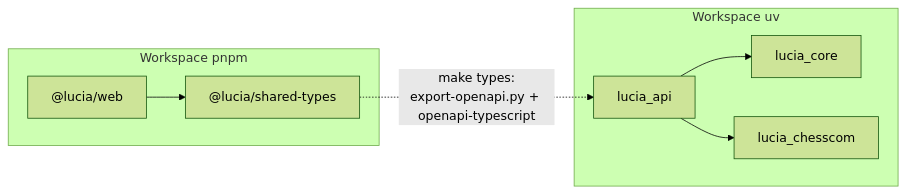
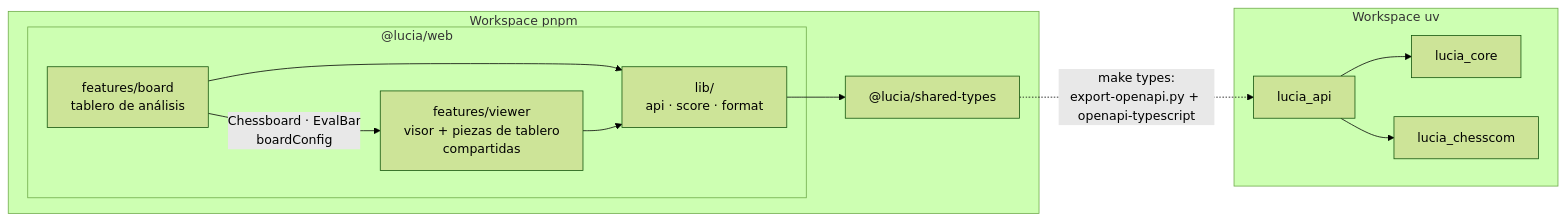
One commit to SirJsus/LUCIA changed the second of 5 diagrams in docs/06-mapa-del-proyecto.md. Above: the diagram before and after it, drawn with Mermaid (forest theme). The commit also changed other lines of this file and 86 other files, not shown here.

````diff
--- a/docs/06-mapa-del-proyecto.md
+++ b/docs/06-mapa-del-proyecto.md
@@ -65,18 +68,25 @@
 ```mermaid
 graph LR
     subgraph JS["Workspace pnpm"]
-        web["@lucia/web"]
+        subgraph WEB["@lucia/web"]
+            board["features/board<br/>tablero de análisis"]
+            viewer["features/viewer<br/>visor + piezas de tablero<br/>compartidas"]
+            lib["lib/<br/>api · score · format"]
+        end
         types["@lucia/shared-types"]
     end
 
     subgraph PY["Workspace uv"]
         api["lucia_api"]
         core["lucia_core"]
         chesscom["lucia_chesscom"]
     end
 
-    web --> types
+    board -- "Chessboard · EvalBar<br/>boardConfig" --> viewer
+    board --> lib
+    viewer --> lib
+    lib --> types
     api --> core
     api --> chesscom
     types -. "make types:<br/>export-openapi.py + openapi-typescript" .-> api
 ```
````
